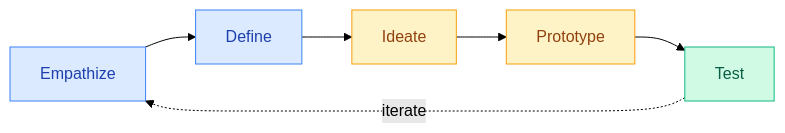
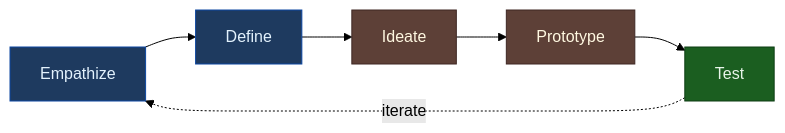
Before and after one commit to smileynet/ui-optimizer: the first of 2 diagrams in docs/product-design/explanation/design-thinking.md, drawn with Mermaid (forest theme). The commit also changed other lines of this file and 13 other files, not shown here.

````diff
--- a/docs/product-design/explanation/design-thinking.md
+++ b/docs/product-design/explanation/design-thinking.md
@@ -15,11 +15,15 @@
 ```mermaid
 flowchart LR
-    classDef understand fill:#DBEAFE,stroke:#3B82F6,color:#1E40AF
-    classDef create fill:#FEF3C7,stroke:#F59E0B,color:#92400E
-    classDef validate fill:#D1FAE5,stroke:#10B981,color:#065F46
+    classDef understand fill:#1E3A5F,stroke:#0D47A1,color:#E3F2FD
+    classDef create fill:#5D4037,stroke:#3E2723,color:#FFF8E1
+    classDef validate fill:#1B5E20,stroke:#0D3D13,color:#E8F5E9
     
-    E[Empathize]:::understand --> D[Define]:::understand
-    D --> I[Ideate]:::create --> P[Prototype]:::create
-    P --> T[Test]:::validate
+    E[Empathize]:::understand
+    D[Define]:::understand
+    I[Ideate]:::create
+    P[Prototype]:::create
+    T[Test]:::validate
+    
+    E --> D --> I --> P --> T
     T -.->|iterate| E
 ```
````
